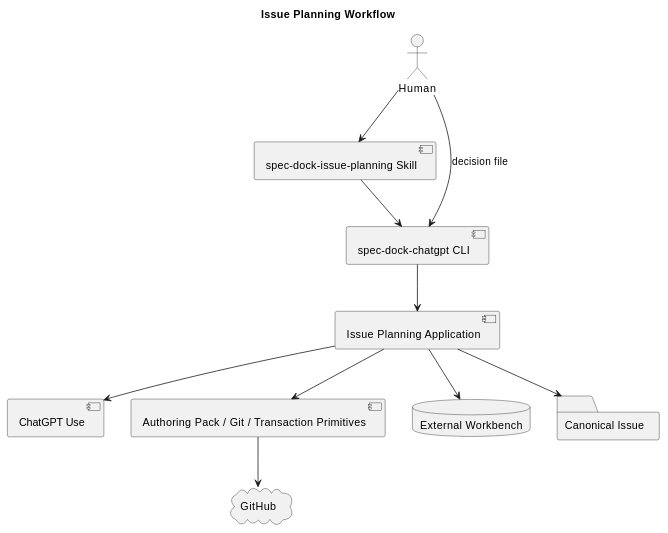
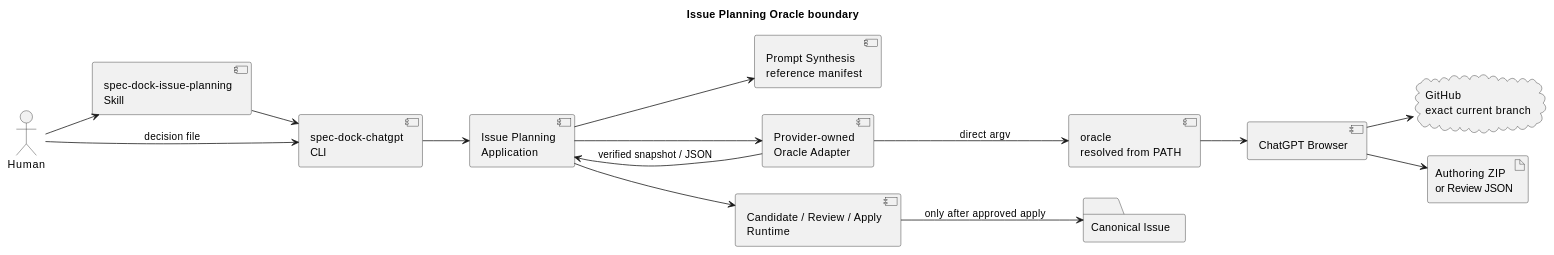
One commit to chemitaro/spec-dock changed the diagram in spec-dock/initiatives/init-00322-gpt-5-6-chatgpt-first-intelligence-architecture/epics/epic-00331-planning-and-advisory-review/issues/iss-00334-implement-chatgpt-issue-planning-workflow/design.md. Above: the diagram before and after it, drawn with PlantUML. The commit also changed other lines of this file and 9 other files, not shown here.

First line of the commit message:
docs(issue-planning): Oracle依存境界と追加実装計画を反映

````diff
--- a/spec-dock/initiatives/init-00322-gpt-5-6-chatgpt-first-intelligence-architecture/epics/epic-00331-planning-and-advisory-review/issues/iss-00334-implement-chatgpt-issue-planning-workflow/design.md
+++ b/spec-dock/initiatives/init-00322-gpt-5-6-chatgpt-first-intelligence-architecture/epics/epic-00331-planning-and-advisory-review/issues/iss-00334-implement-chatgpt-issue-planning-workflow/design.md
@@ -22,24 +24,32 @@
 ```plantuml
 @startuml
-title Issue Planning Workflow
+title Issue Planning Oracle boundary
+left to right direction
 actor Human
-component "spec-dock-issue-planning Skill" as Skill
-component "spec-dock-chatgpt CLI" as CLI
-component "Issue Planning Application" as App
-component "ChatGPT Use" as ChatGPT
-component "Authoring Pack / Git / Transaction Primitives" as Existing
-database "External Workbench" as Workbench
+component "spec-dock-issue-planning\nSkill" as Skill
+component "spec-dock-chatgpt\nCLI" as CLI
+component "Issue Planning\nApplication" as App
+component "Prompt Synthesis\nreference manifest" as Prompt
+component "Provider-owned\nOracle Adapter" as Adapter
+component "oracle\nresolved from PATH" as Oracle
+component "ChatGPT Browser" as ChatGPT
+cloud "GitHub\nexact current branch" as GitHub
+artifact "Authoring ZIP\nor Review JSON" as OracleOutput
+component "Candidate / Review / Apply\nRuntime" as Runtime
 folder "Canonical Issue" as Canonical
-cloud "GitHub" as GitHub
 
 Human --> Skill
 Skill --> CLI
 CLI --> App
-App --> ChatGPT
-App --> Existing
-App --> Workbench
-App --> Canonical
-Existing --> GitHub
+App --> Prompt
+App --> Adapter
+Adapter --> Oracle : direct argv
+Oracle --> ChatGPT
+ChatGPT --> GitHub
+ChatGPT --> OracleOutput
+Adapter --> App : verified snapshot / JSON
+App --> Runtime
+Runtime --> Canonical : only after approved apply
 Human --> CLI : decision file
 @enduml
 ```
````
